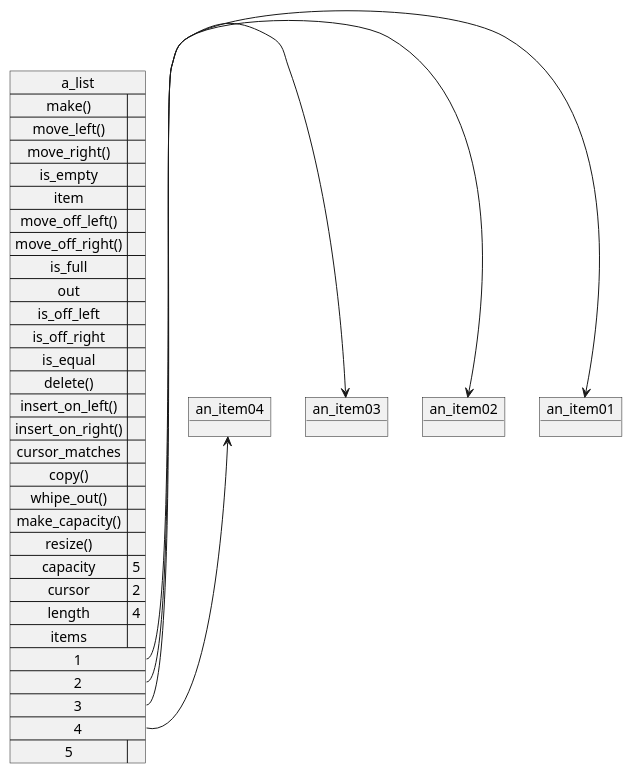
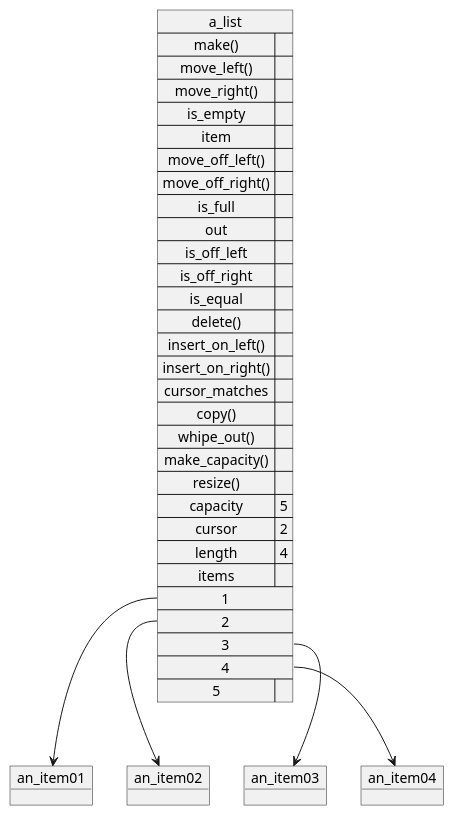
One commit to elviejo79/literate_pro_for_beeminder changed the fourth of 11 diagrams in docs/6_Lists.md. Above: the diagram before and after it, drawn with PlantUML. The commit also changed other lines of this file and 3 other files, not shown here.

````diff
--- a/docs/6_Lists.md
+++ b/docs/6_Lists.md
@@ -743,41 +742,41 @@
 ```plantuml
 @startuml
 object an_item01
 object an_item02
 object an_item03
 object an_item04
 
 map a_list {
     make() =>
     move_left() =>
     move_right() =>
     is_empty =>
     item => 
     move_off_left() =>
     move_off_right() =>
     is_full =>
     out =>
     is_off_left =>
     is_off_right =>
     is_equal =>
     delete() =>
     insert_on_left() =>
     insert_on_right() =>
     cursor_matches =>
     copy() =>
     whipe_out()=>
     make_capacity()=>
     resize()=>
     capacity => 5
     cursor => 2
     length => 4
     items =>
-    1 *-> an_item01
-    2 *-> an_item02
-    3 *-> an_item03
-    4 *-> an_item04
+    1 *--> an_item01
+    2 *--> an_item02
+    3 *--> an_item03
+    4 *--> an_item04
     5 =>
 }
 
 @enduml
 ```
````
